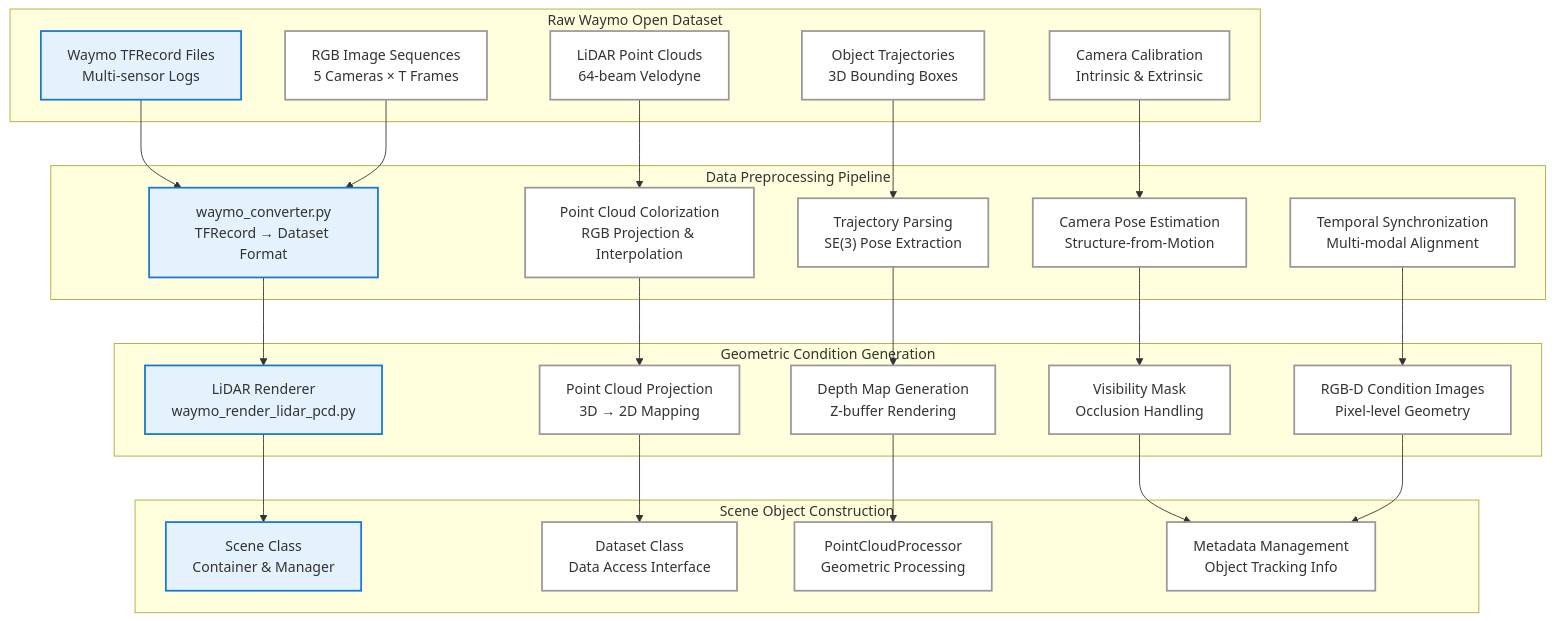
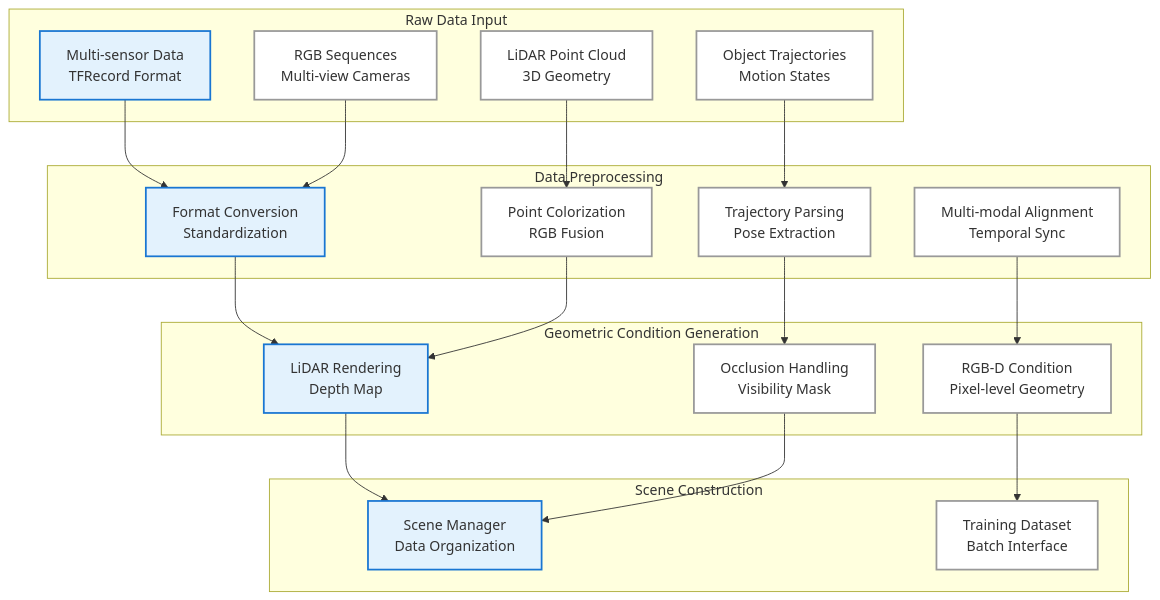
Before and after one commit to charles1614/thuthesis: the diagram in figures/mmd/data_processing_flow.mmd, drawn with Mermaid. The commit also changed 14 other files, not shown here.

```diff
--- a/figures/mmd/data_processing_flow.mmd
+++ b/figures/mmd/data_processing_flow.mmd
@@ -1,55 +1,45 @@
 flowchart TD
-    subgraph RawData["Raw Waymo Open Dataset"]
-        A["Waymo TFRecord Files<br/>Multi-sensor Logs"]
-        B["RGB Image Sequences<br/>5 Cameras × T Frames"]
-        C["LiDAR Point Clouds<br/>64-beam Velodyne"]
-        D["Object Trajectories<br/>3D Bounding Boxes"]
-        E["Camera Calibration<br/>Intrinsic & Extrinsic"]
+    subgraph RawData["Raw Data Input"]
+        A["Multi-sensor Data<br/>TFRecord Format"]
+        B["RGB Sequences<br/>Multi-view Cameras"]
+        C["LiDAR Point Cloud<br/>3D Geometry"]
+        D["Object Trajectories<br/>Motion States"]
     end
     
-    subgraph Preprocessing["Data Preprocessing Pipeline"]
-        F["waymo_converter.py<br/>TFRecord → Dataset Format"]
-        G["Point Cloud Colorization<br/>RGB Projection & Interpolation"]
-        H["Trajectory Parsing<br/>SE(3) Pose Extraction"]
-        I["Camera Pose Estimation<br/>Structure-from-Motion"]
-        J["Temporal Synchronization<br/>Multi-modal Alignment"]
+    subgraph Preprocessing["Data Preprocessing"]
+        E["Format Conversion<br/>Standardization"]
+        F["Point Colorization<br/>RGB Fusion"]
+        G["Trajectory Parsing<br/>Pose Extraction"]
+        H["Multi-modal Alignment<br/>Temporal Sync"]
     end
     
     subgraph ConditionGen["Geometric Condition Generation"]
-        K["LiDAR Renderer<br/>waymo_render_lidar_pcd.py"]
-        L["Point Cloud Projection<br/>3D → 2D Mapping"]
-        M["Depth Map Generation<br/>Z-buffer Rendering"]
-        N["Visibility Mask<br/>Occlusion Handling"]
-        O["RGB-D Condition Images<br/>Pixel-level Geometry"]
+        I["LiDAR Rendering<br/>Depth Map"]
+        J["Occlusion Handling<br/>Visibility Mask"]
+        K["RGB-D Condition<br/>Pixel-level Geometry"]
     end
     
-    subgraph SceneConstruction["Scene Object Construction"]
-        P["Scene Class<br/>Container & Manager"]
-        Q["Dataset Class<br/>Data Access Interface"]
-        R["PointCloudProcessor<br/>Geometric Processing"]
-        S["Metadata Management<br/>Object Tracking Info"]
+    subgraph SceneConstruction["Scene Construction"]
+        L["Scene Manager<br/>Data Organization"]
+        M["Training Dataset<br/>Batch Interface"]
     end
     
-    A --> F
-    B --> F
-    C --> G
-    D --> H
+    A --> E
+    B --> E
+    C --> F
+    D --> G
+    
     E --> I
+    F --> I
+    G --> J
+    H --> K
     
-    F --> K
-    G --> L
-    H --> M
-    I --> N
-    J --> O
-    
-    K --> P
-    L --> Q
-    M --> R
-    N --> S
-    O --> S
+    I --> L
+    J --> L
+    K --> M
     
     classDef normalStyle fill:#FFFFFF,stroke:#999999,stroke-width:2px
     classDef importantStyle fill:#E3F2FD,stroke:#1976D2,stroke-width:2px
     
-    class A,F,K,P importantStyle
-    class B,C,D,E,G,H,I,J,L,M,N,O,Q,R,S normalStyle
+    class A,E,I,L importantStyle
+    class B,C,D,F,G,H,J,K,M normalStyle
```
